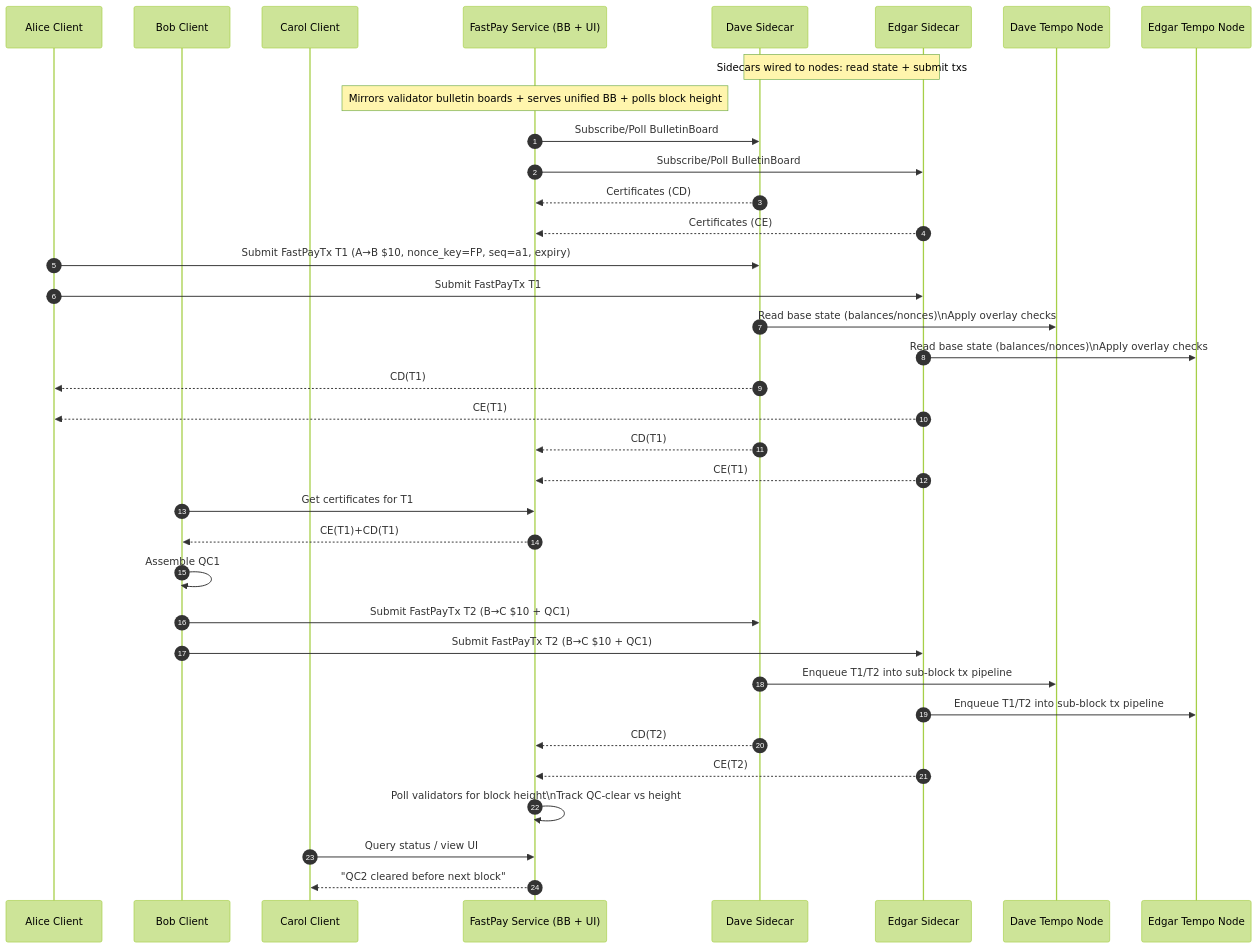
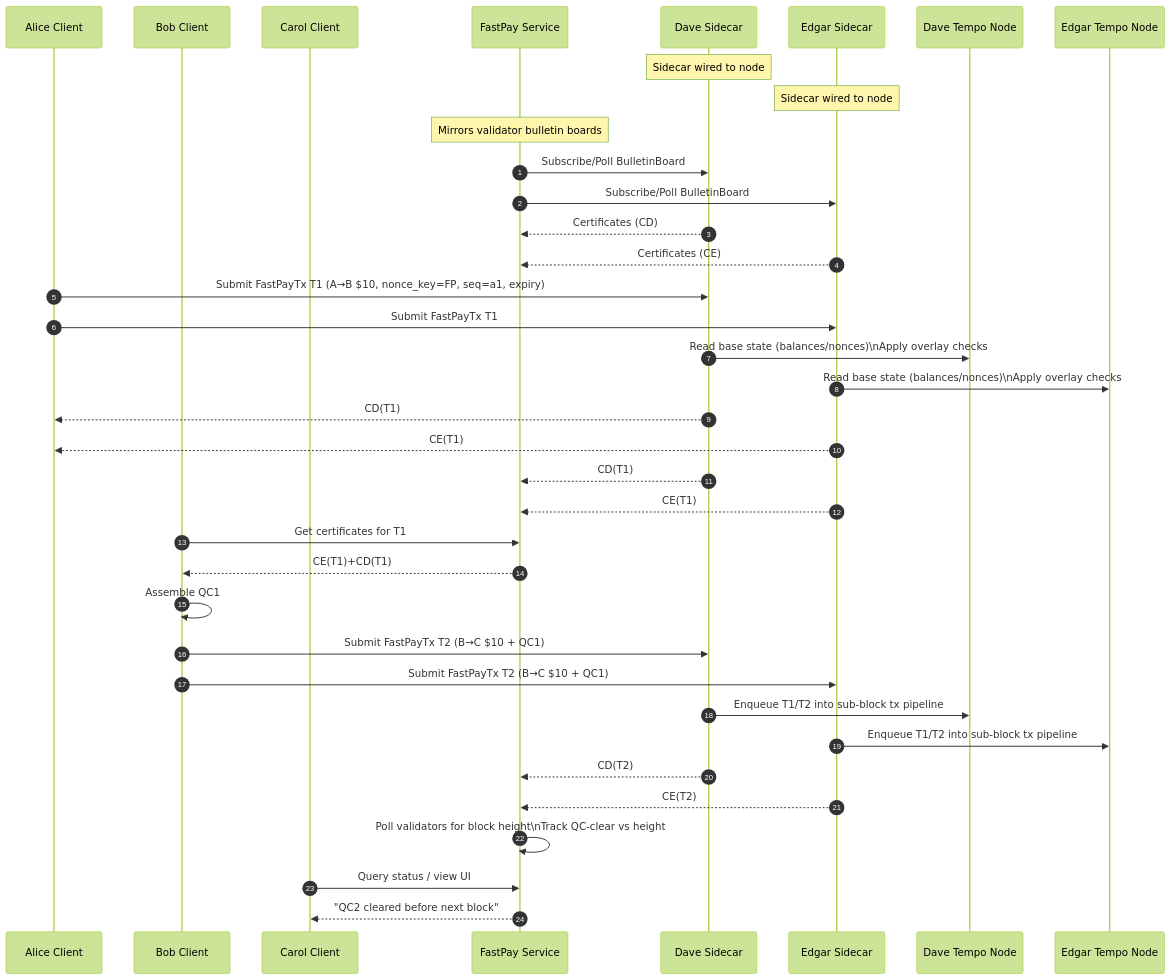
The second of 2 diagrams in docs/spec.md (01builders/allegro), drawn with Mermaid (forest theme) before and after one commit. The commit also changed other lines of this file and 40 other files, not shown here.

````diff
--- a/docs/spec.md
+++ b/docs/spec.md
@@ -264,46 +267,47 @@
 ```mermaid
 sequenceDiagram
   autonumber
   participant A as Alice Client
   participant B as Bob Client
   participant C as Carol Client
-  participant S as FastPay Service (BB + UI)
+  participant S as FastPay Service
   participant D as Dave Sidecar
   participant E as Edgar Sidecar
   participant ND as Dave Tempo Node
   participant NE as Edgar Tempo Node
 
-  Note over D,E: Sidecars wired to nodes: read state + submit txs
-  Note over S: Mirrors validator bulletin boards + serves unified BB + polls block height
+  Note over D: Sidecar wired to node
+  Note over E: Sidecar wired to node
+  Note over S: Mirrors validator bulletin boards
 
   S->>D: Subscribe/Poll BulletinBoard
   S->>E: Subscribe/Poll BulletinBoard
   D-->>S: Certificates (CD)
   E-->>S: Certificates (CE)
 
   A->>D: Submit FastPayTx T1 (A→B $10, nonce_key=FP, seq=a1, expiry)
   A->>E: Submit FastPayTx T1
   D->>ND: Read base state (balances/nonces)\nApply overlay checks
   E->>NE: Read base state (balances/nonces)\nApply overlay checks
   D-->>A: CD(T1)
   E-->>A: CE(T1)
   D-->>S: CD(T1)
   E-->>S: CE(T1)
 
   B->>S: Get certificates for T1
   S-->>B: CE(T1)+CD(T1)
   B->>B: Assemble QC1
 
   B->>D: Submit FastPayTx T2 (B→C $10 + QC1)
   B->>E: Submit FastPayTx T2 (B→C $10 + QC1)
 
   D->>ND: Enqueue T1/T2 into sub-block tx pipeline
   E->>NE: Enqueue T1/T2 into sub-block tx pipeline
 
   D-->>S: CD(T2)
   E-->>S: CE(T2)
 
   S->>S: Poll validators for block height\nTrack QC-clear vs height
   C->>S: Query status / view UI
   S-->>C: "QC2 cleared before next block"
 ```
````
